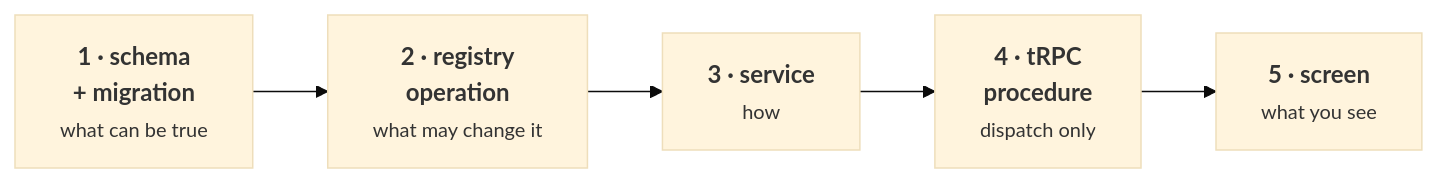
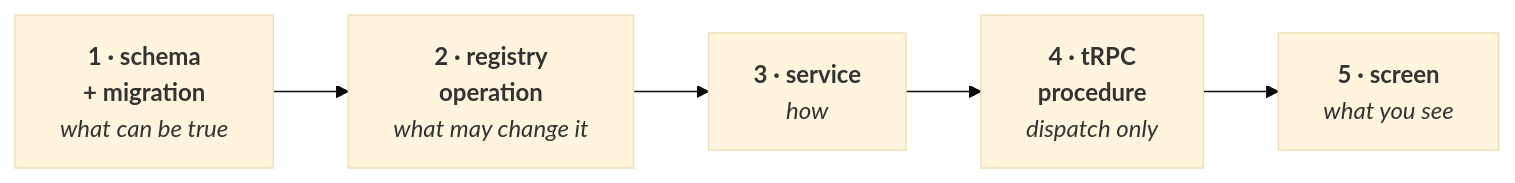
The second of 2 diagrams in docs/wiki/Working-on-Waltning.md (VoltLightning/waltning), drawn with Mermaid (base theme) before and after one commit. The commit also changed other lines of this file and 15 other files, not shown here.

````diff
--- a/docs/wiki/Working-on-Waltning.md
+++ b/docs/wiki/Working-on-Waltning.md
@@ -58,4 +58,4 @@
 ```mermaid
 graph LR
-    A["<b>1 · schema<br/>+ migration</b><br/><small>what can be true</small>"] --> B["<b>2 · registry<br/>operation</b><br/><small>what may change it</small>"] --> C["<b>3 · service</b><br/><small>how</small>"] --> D["<b>4 · tRPC<br/>procedure</b><br/><small>dispatch only</small>"] --> E["<b>5 · screen</b><br/><small>what you see</small>"]
+    A["<b>1 · schema<br/>+ migration</b><br/><i>what can be true</i>"] --> B["<b>2 · registry<br/>operation</b><br/><i>what may change it</i>"] --> C["<b>3 · service</b><br/><i>how</i>"] --> D["<b>4 · tRPC<br/>procedure</b><br/><i>dispatch only</i>"] --> E["<b>5 · screen</b><br/><i>what you see</i>"]
 ```
````
